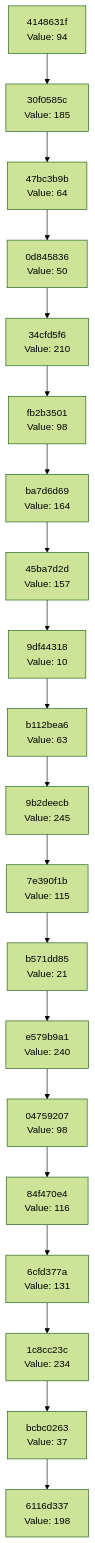
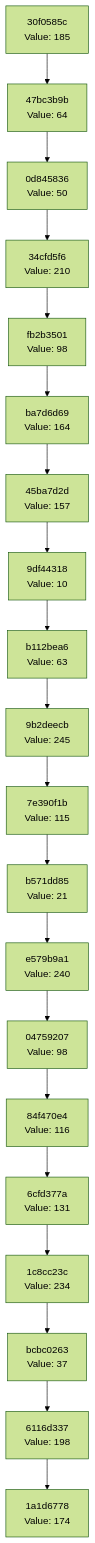
One commit to Abhisheksinha1506/hash-chain-evolver changed the diagram in docs/CHAIN_VISUALIZATION.md. Above: the diagram before and after it, drawn with Mermaid (forest theme). The commit also changed 2 other files, not shown here.

Commit message:
Evolution step: hash 0xAE → action executed

````diff
--- a/docs/CHAIN_VISUALIZATION.md
+++ b/docs/CHAIN_VISUALIZATION.md
@@ -3,42 +3,42 @@
 ```mermaid
 graph TD
-    C0["6116d337<br/>Value: 198"]
-    C1["bcbc0263<br/>Value: 37"]
+    C0["1a1d6778<br/>Value: 174"]
+    C1["6116d337<br/>Value: 198"]
     C1 --> C0
-    C2["1c8cc23c<br/>Value: 234"]
+    C2["bcbc0263<br/>Value: 37"]
     C2 --> C1
-    C3["6cfd377a<br/>Value: 131"]
+    C3["1c8cc23c<br/>Value: 234"]
     C3 --> C2
-    C4["84f470e4<br/>Value: 116"]
+    C4["6cfd377a<br/>Value: 131"]
     C4 --> C3
-    C5["04759207<br/>Value: 98"]
+    C5["84f470e4<br/>Value: 116"]
     C5 --> C4
-    C6["e579b9a1<br/>Value: 240"]
+    C6["04759207<br/>Value: 98"]
     C6 --> C5
-    C7["b571dd85<br/>Value: 21"]
+    C7["e579b9a1<br/>Value: 240"]
     C7 --> C6
-    C8["7e390f1b<br/>Value: 115"]
+    C8["b571dd85<br/>Value: 21"]
     C8 --> C7
-    C9["9b2deecb<br/>Value: 245"]
+    C9["7e390f1b<br/>Value: 115"]
     C9 --> C8
-    C10["b112bea6<br/>Value: 63"]
+    C10["9b2deecb<br/>Value: 245"]
     C10 --> C9
-    C11["9df44318<br/>Value: 10"]
+    C11["b112bea6<br/>Value: 63"]
     C11 --> C10
-    C12["45ba7d2d<br/>Value: 157"]
+    C12["9df44318<br/>Value: 10"]
     C12 --> C11
-    C13["ba7d6d69<br/>Value: 164"]
+    C13["45ba7d2d<br/>Value: 157"]
     C13 --> C12
-    C14["fb2b3501<br/>Value: 98"]
+    C14["ba7d6d69<br/>Value: 164"]
     C14 --> C13
-    C15["34cfd5f6<br/>Value: 210"]
+    C15["fb2b3501<br/>Value: 98"]
     C15 --> C14
-    C16["0d845836<br/>Value: 50"]
+    C16["34cfd5f6<br/>Value: 210"]
     C16 --> C15
-    C17["47bc3b9b<br/>Value: 64"]
+    C17["0d845836<br/>Value: 50"]
     C17 --> C16
-    C18["30f0585c<br/>Value: 185"]
+    C18["47bc3b9b<br/>Value: 64"]
     C18 --> C17
-    C19["4148631f<br/>Value: 94"]
+    C19["30f0585c<br/>Value: 185"]
     C19 --> C18
 ```
````
